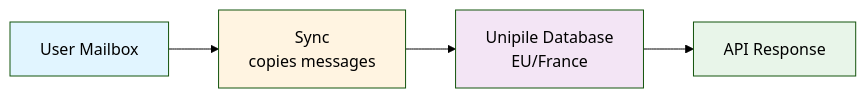
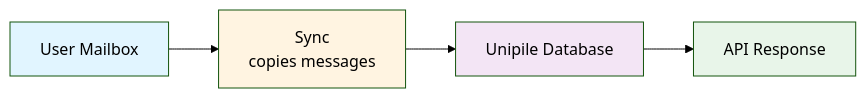
The first of 2 diagrams in docs/comparison/emailengine-vs-unipile.md (postalsys/learn.emailengine.app), drawn with Mermaid (forest theme) before and after one commit. The commit also changed other lines of this file and 18 other files, not shown here.

````diff
--- a/docs/comparison/emailengine-vs-unipile.md
+++ b/docs/comparison/emailengine-vs-unipile.md
@@ -75,16 +77,16 @@
 ```mermaid
 graph LR
     Mailbox[User Mailbox]
     Sync[Sync<br/>copies messages]
-    Database[Unipile Database<br/>EU/France]
+    Database[Unipile Database]
     API[API Response]
 
     Mailbox --> Sync
     Sync --> Database
     Database --> API
 
     style Mailbox fill:#e1f5ff
     style Sync fill:#fff4e1
     style Database fill:#f3e5f5
     style API fill:#e8f5e9
 ```
````
